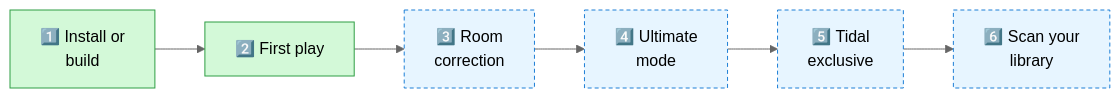
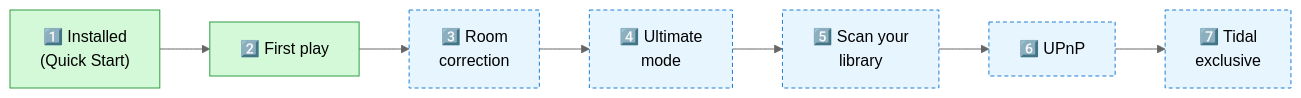
The first of 5 diagrams in docs/GETTING_STARTED.md (androxylo/audiophile_player), drawn with Mermaid (neutral theme) before and after one commit. The commit also changed other lines of this file and 11 other files, not shown here.

````diff
--- a/docs/GETTING_STARTED.md
+++ b/docs/GETTING_STARTED.md
@@ -5,6 +7,6 @@
 ```mermaid
 flowchart LR
-    A["1️⃣ Install or<br/>build"]:::s --> B["2️⃣ First play"]:::s --> C["3️⃣ Room<br/>correction"]:::o --> D["4️⃣ Ultimate<br/>mode"]:::o --> E["5️⃣ Tidal<br/>exclusive"]:::o --> F["6️⃣ Scan your<br/>library"]:::o
+    A["1️⃣ Installed<br/>(Quick Start)"]:::s --> B["2️⃣ First play"]:::s --> C["3️⃣ Room<br/>correction"]:::o --> D["4️⃣ Ultimate<br/>mode"]:::o --> F["5️⃣ Scan your<br/>library"]:::o --> U["6️⃣ UPnP"]:::o --> E["7️⃣ Tidal<br/>exclusive"]:::o
     classDef s fill:#d3f9d8,stroke:#2f9e44,color:#000
     classDef o fill:#e7f5ff,stroke:#1c7ed6,color:#000,stroke-dasharray: 4 3
 ```
````
